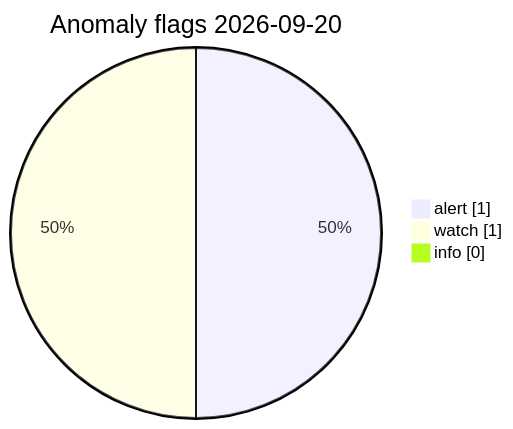
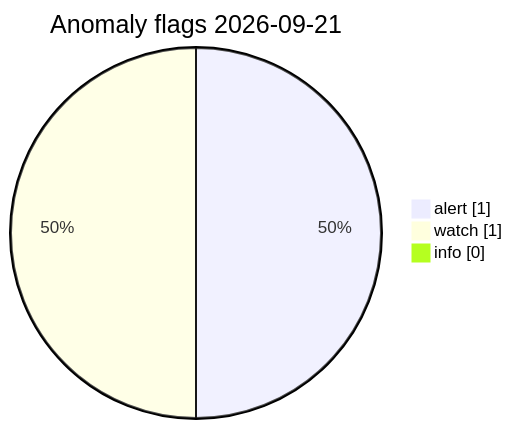
One commit to Midwest-Stratospheric/Unified-Open-Global-Weather changed the diagram in visuals/latest/CHARTS.md. Above: the diagram before and after it, drawn with Mermaid. The commit also changed other lines of this file and 11 other files, not shown here.

Commit message:
data(visuals): automated charts 2026-09-21T12:53Z

````diff
--- a/visuals/latest/CHARTS.md
+++ b/visuals/latest/CHARTS.md
@@ -73,7 +73,7 @@
 ```mermaid
 pie showData
-  title Anomaly flags 2026-09-20
+  title Anomaly flags 2026-09-21
   "alert" : 1
   "watch" : 1
   "info" : 0
 ```
````
